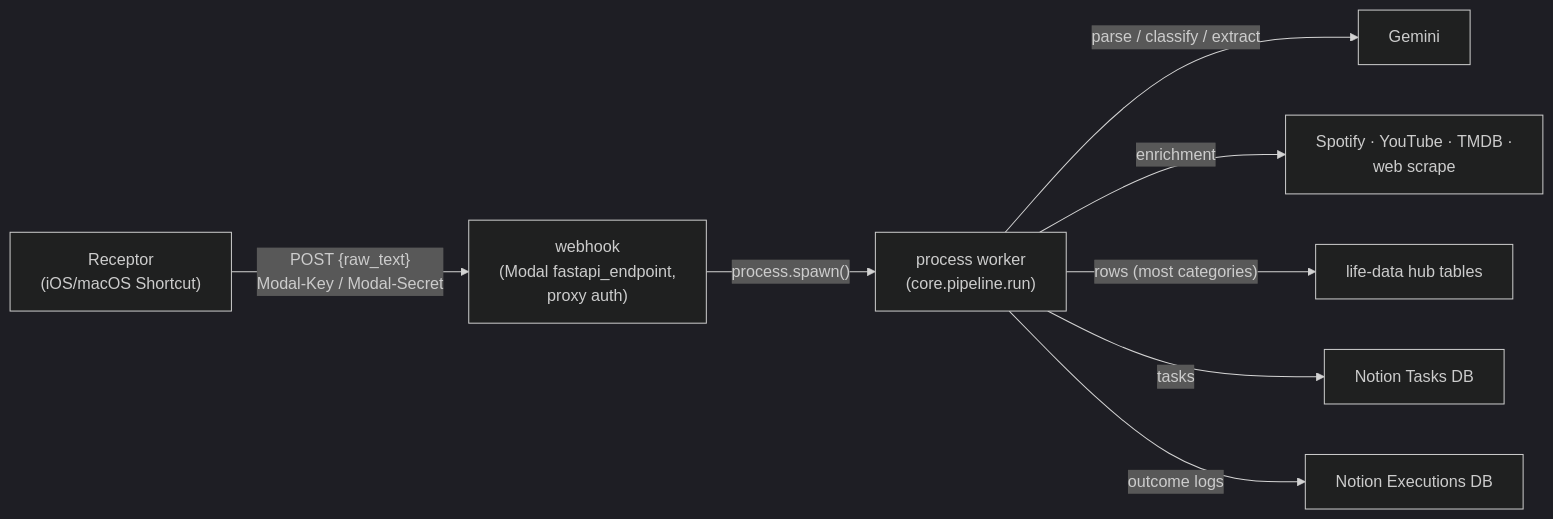
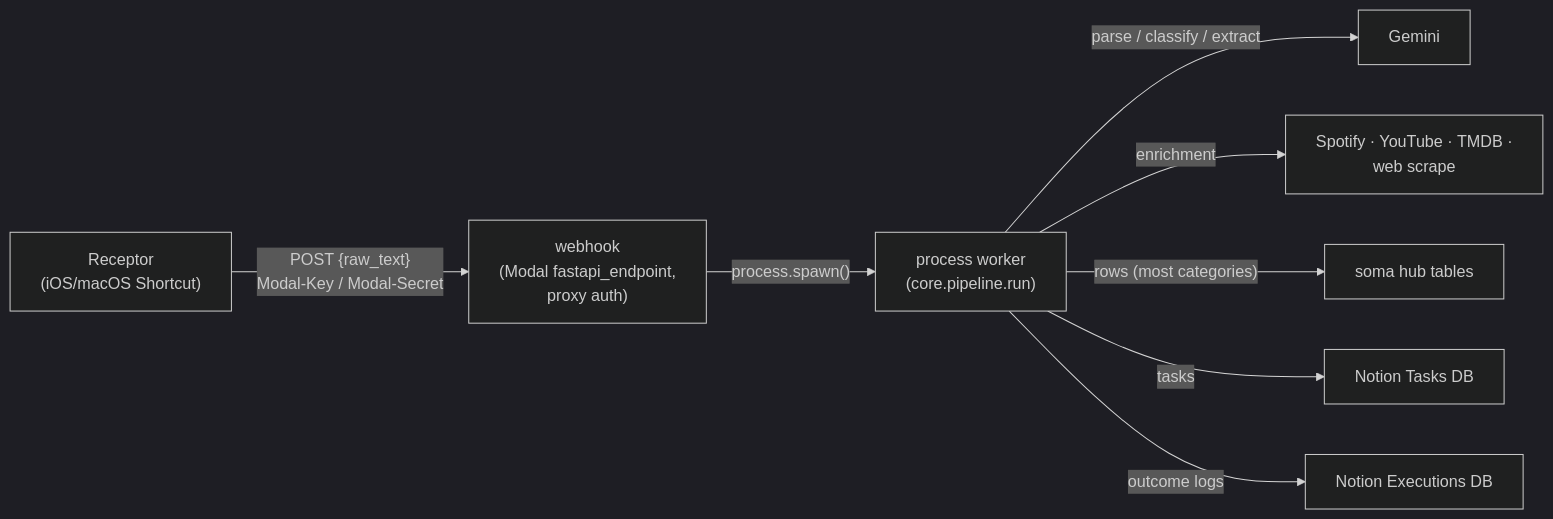
Before and after one commit to alexjmiller5/synapse: the diagram in README.md, drawn with Mermaid (dark theme). The commit also changed other lines of this file and 32 other files, not shown here.

Commit message:
Talk to the Soma hub; workspaces saved with the old hub key names keep loading

````diff
--- a/README.md
+++ b/README.md
@@ -18,10 +18,10 @@
 ```mermaid
 flowchart LR
     R["Receptor<br/>(iOS/macOS Shortcut)"] -->|"POST {raw_text}<br/>Modal-Key / Modal-Secret"| W["webhook<br/>(Modal fastapi_endpoint,<br/>proxy auth)"]
     W -->|"process.spawn()"| P["process worker<br/>(core.pipeline.run)"]
     P -->|"parse / classify / extract"| G["Gemini"]
     P -->|"enrichment"| X["Spotify · YouTube · TMDB ·<br/>web scrape"]
-    P -->|"rows (most categories)"| H["life-data hub tables"]
+    P -->|"rows (most categories)"| H["soma hub tables"]
     P -->|"tasks"| N["Notion Tasks DB"]
     P -->|"outcome logs"| L["Notion Executions DB"]
 ```
````
